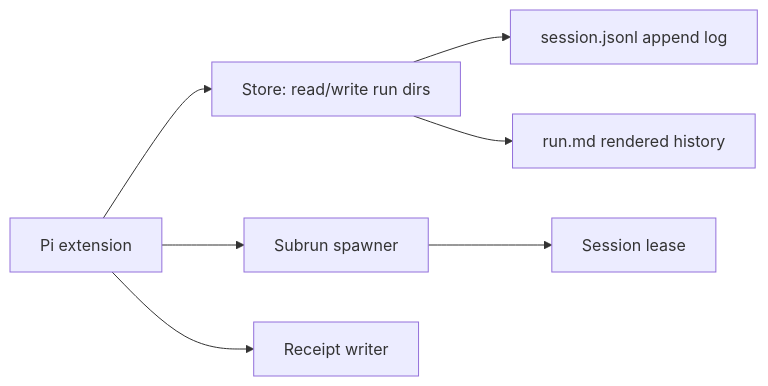
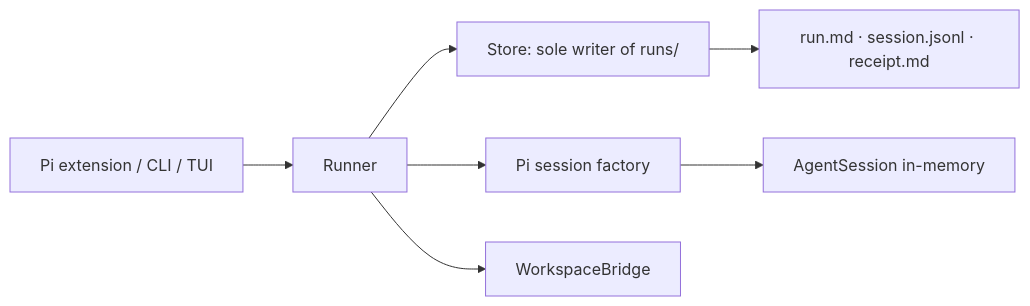
Before and after one commit to montflow/montflow: the second of 2 diagrams in packages/pi-runs/wiki/architecture.md, drawn with Mermaid. The commit also changed other lines of this file and 5 other files, not shown here.

````diff
--- a/packages/pi-runs/wiki/architecture.md
+++ b/packages/pi-runs/wiki/architecture.md
@@ -47,9 +54,9 @@
 ```mermaid
 flowchart LR
-  Ext[Pi extension] --> Store[Store: read/write run dirs]
-  Store --> Events[session.jsonl append log]
-  Store --> MD[run.md rendered history]
-  Ext --> Children[Subrun spawner]
-  Children --> Lease[Session lease]
-  Ext --> Receipt[Receipt writer]
+  Ext[Pi extension / CLI / TUI] --> Runner
+  Runner --> Store[Store: sole writer of runs/]
+  Store --> Files[run.md · session.jsonl · receipt.md]
+  Runner --> Factory[Pi session factory]
+  Factory --> Agent[AgentSession in-memory]
+  Runner --> Bridge[WorkspaceBridge]
 ```
````
